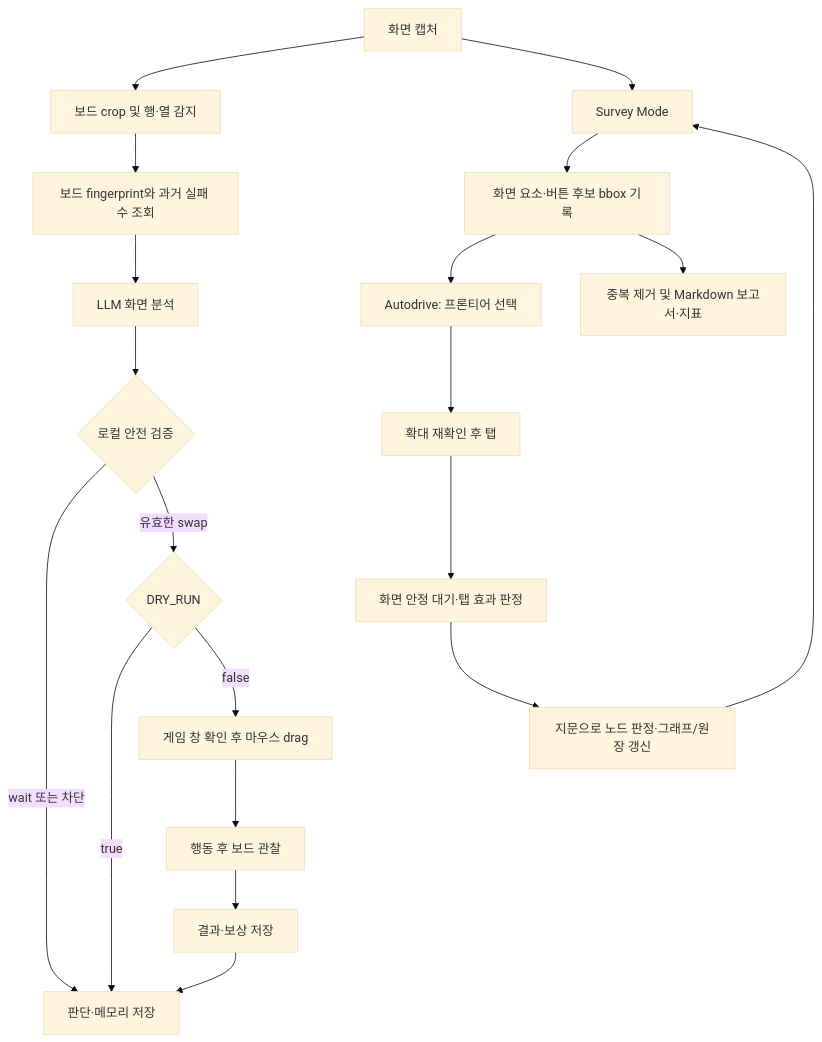
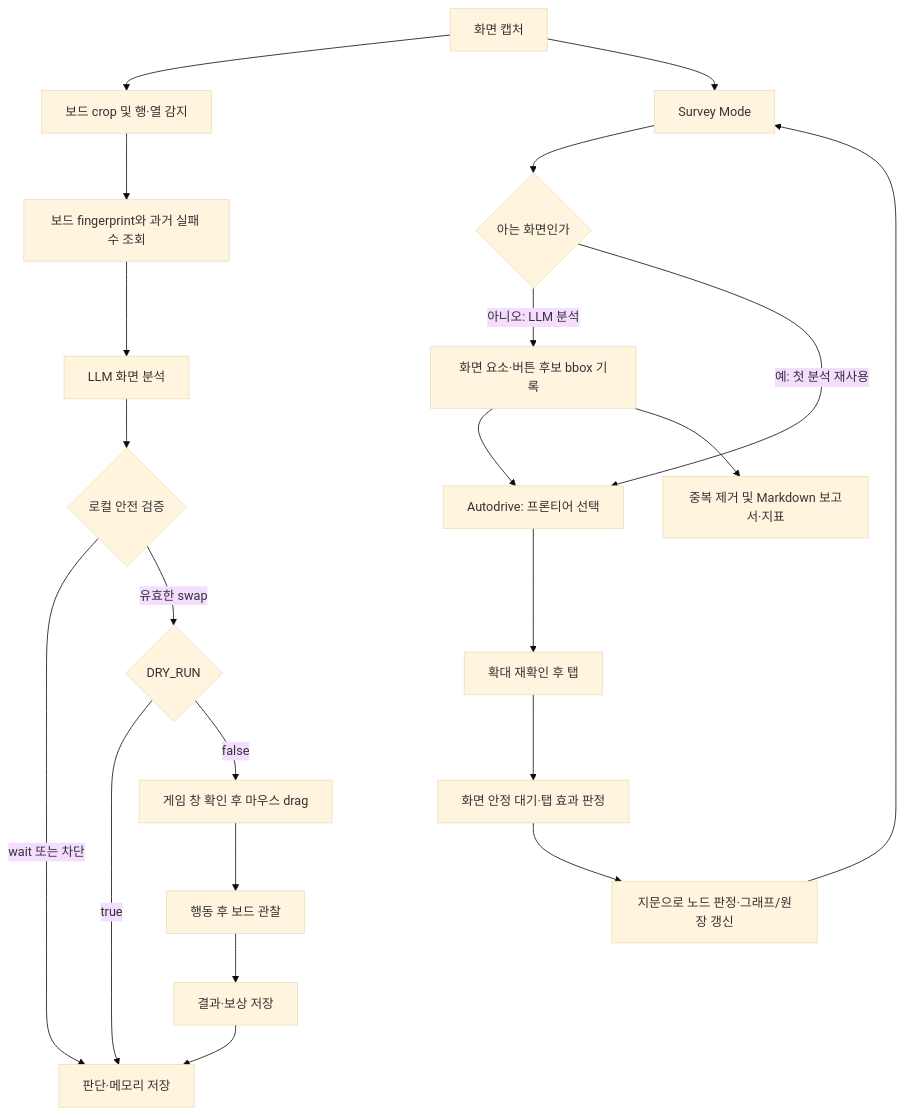
Before and after one commit to IanHa09/SugarCrushSoda_GA: the diagram in README.md, drawn with Mermaid (base theme). The commit also changed other lines of this file and 19 other files, not shown here.

````diff
--- a/README.md
+++ b/README.md
@@ -35,22 +35,24 @@
 ```mermaid
 flowchart TD
     A[화면 캡처] --> B[보드 crop 및 행·열 감지]
     B --> C[보드 fingerprint와 과거 실패 수 조회]
     C --> D[LLM 화면 분석]
     D --> E{로컬 안전 검증}
     E -->|wait 또는 차단| F[판단·메모리 저장]
     E -->|유효한 swap| G{DRY_RUN}
     G -->|true| F
     G -->|false| H[게임 창 확인 후 마우스 drag]
     H --> I[행동 후 보드 관찰]
     I --> J[결과·보상 저장]
     J --> F
     A --> K[Survey Mode]
-    K --> L[화면 요소·버튼 후보 bbox 기록]
+    K --> R{아는 화면인가}
+    R -->|아니오: LLM 분석| L[화면 요소·버튼 후보 bbox 기록]
+    R -->|예: 첫 분석 재사용| N
     L --> N[Autodrive: 프론티어 선택]
     N --> O[확대 재확인 후 탭]
     O --> P[화면 안정 대기·탭 효과 판정]
     P --> Q[지문으로 노드 판정·그래프/원장 갱신]
     Q --> K
     L --> M[중복 제거 및 Markdown 보고서·지표]
 ```
````
